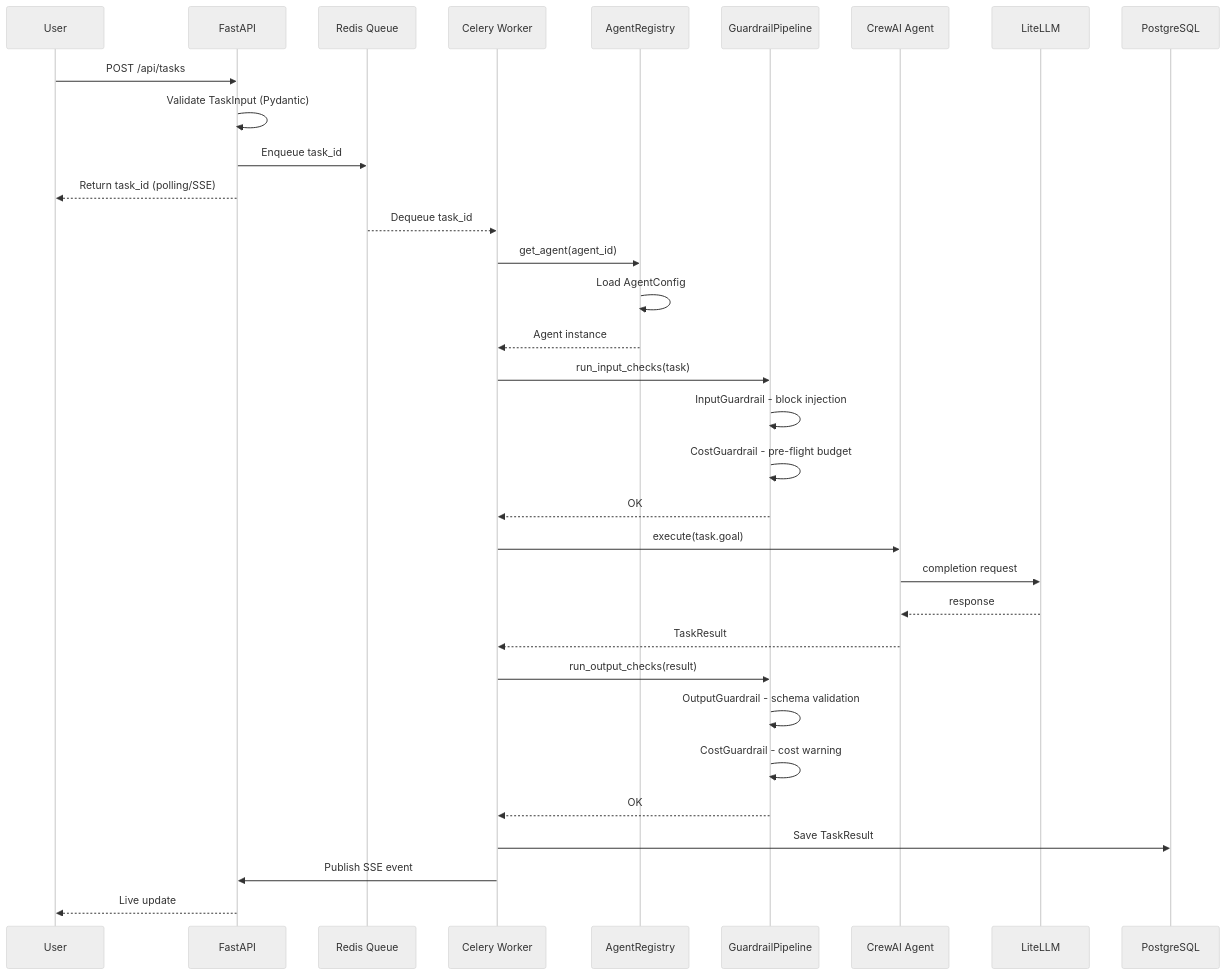
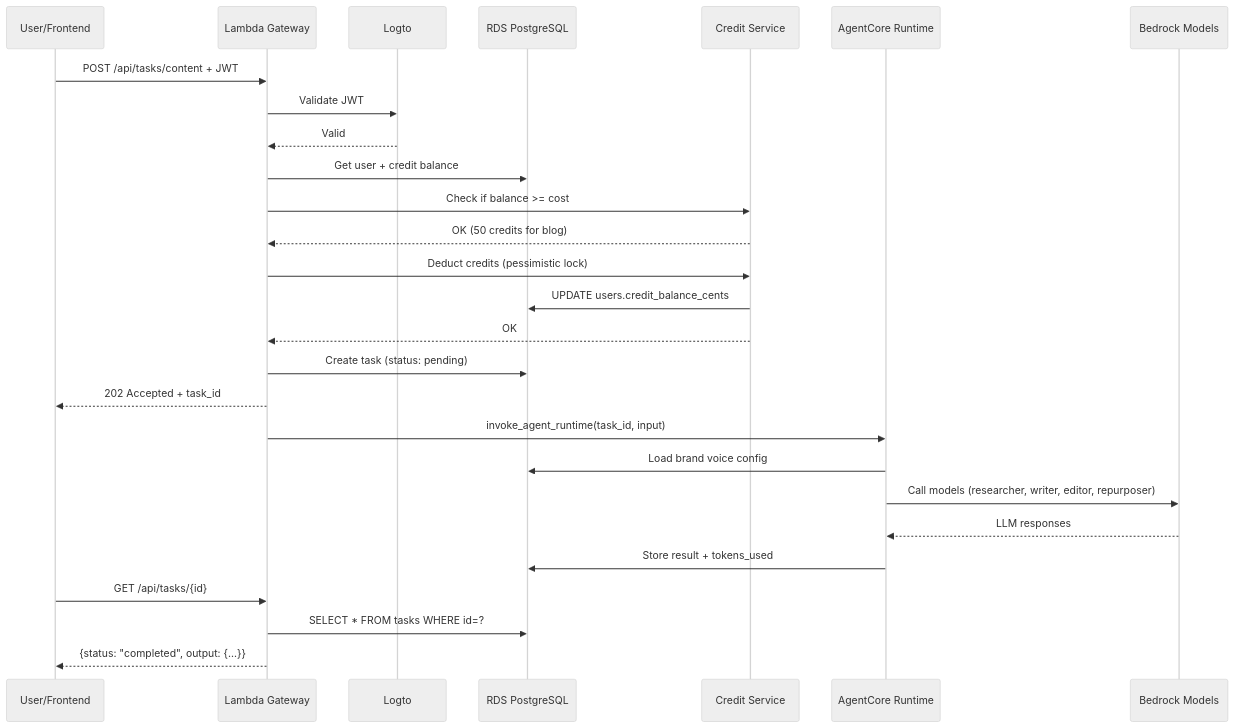
One commit to phucsystem/agent-foundry changed the third of 5 diagrams in docs/system-architecture.md. Above: the diagram before and after it, drawn with Mermaid. The commit also changed other lines of this file and 68 other files, not shown here.

First line of the commit message:
feat: migrate to AWS AgentCore with Content Editor MVP

````diff
--- a/docs/system-architecture.md
+++ b/docs/system-architecture.md
@@ -207,42 +186,36 @@
 ```mermaid
 %%{init: {'theme': 'neutral'}}%%
 sequenceDiagram
-    participant User as User
-    participant API as FastAPI
-    participant Redis as Redis Queue
-    participant Worker as Celery Worker
-    participant Reg as AgentRegistry
-    participant Pipe as GuardrailPipeline
-    participant CrewAI as CrewAI Agent
-    participant LLM as LiteLLM
-    participant DB as PostgreSQL
+    participant User as User/Frontend
+    participant API as Lambda Gateway
+    participant Auth as Logto
+    participant RDS as RDS PostgreSQL
+    participant Credit as Credit Service
+    participant AgentCore as AgentCore Runtime
+    participant Bedrock as Bedrock Models
 
-    User->>API: POST /api/tasks
-    API->>API: Validate TaskInput (Pydantic)
-    API->>Redis: Enqueue task_id
-    API-->>User: Return task_id (polling/SSE)
+    User->>API: POST /api/tasks/content + JWT
+    API->>Auth: Validate JWT
+    Auth-->>API: Valid
 
-    Redis-->>Worker: Dequeue task_id
-    Worker->>Reg: get_agent(agent_id)
-    Reg->>Reg: Load AgentConfig
-    Reg-->>Worker: Agent instance
+    API->>RDS: Get user + credit balance
+    API->>Credit: Check if balance >= cost
+    Credit-->>API: OK (50 credits for blog)
 
-    Worker->>Pipe: run_input_checks(task)
-    Pipe->>Pipe: InputGuardrail - block injection
-    Pipe->>Pipe: CostGuardrail - pre-flight budget
-    Pipe-->>Worker: OK
+    API->>Credit: Deduct credits (pessimistic lock)
+    Credit->>RDS: UPDATE users.credit_balance_cents
+    Credit-->>API: OK
 
-    Worker->>CrewAI: execute(task.goal)
-    CrewAI->>LLM: completion request
-    LLM-->>CrewAI: response
-    CrewAI-->>Worker: TaskResult
+    API->>RDS: Create task (status: pending)
+    API-->>User: 202 Accepted + task_id
 
-    Worker->>Pipe: run_output_checks(result)
-    Pipe->>Pipe: OutputGuardrail - schema validation
-    Pipe->>Pipe: CostGuardrail - cost warning
-    Pipe-->>Worker: OK
+    API->>AgentCore: invoke_agent_runtime(task_id, input)
+    AgentCore->>RDS: Load brand voice config
+    AgentCore->>Bedrock: Call models (researcher, writer, editor, repurposer)
+    Bedrock-->>AgentCore: LLM responses
+    AgentCore->>RDS: Store result + tokens_used
 
-    Worker->>DB: Save TaskResult
-    Worker->>API: Publish SSE event
-    API-->>User: Live update
+    User->>API: GET /api/tasks/{id}
+    API->>RDS: SELECT * FROM tasks WHERE id=?
+    API-->>User: {status: "completed", output: {...}}
 ```
````
